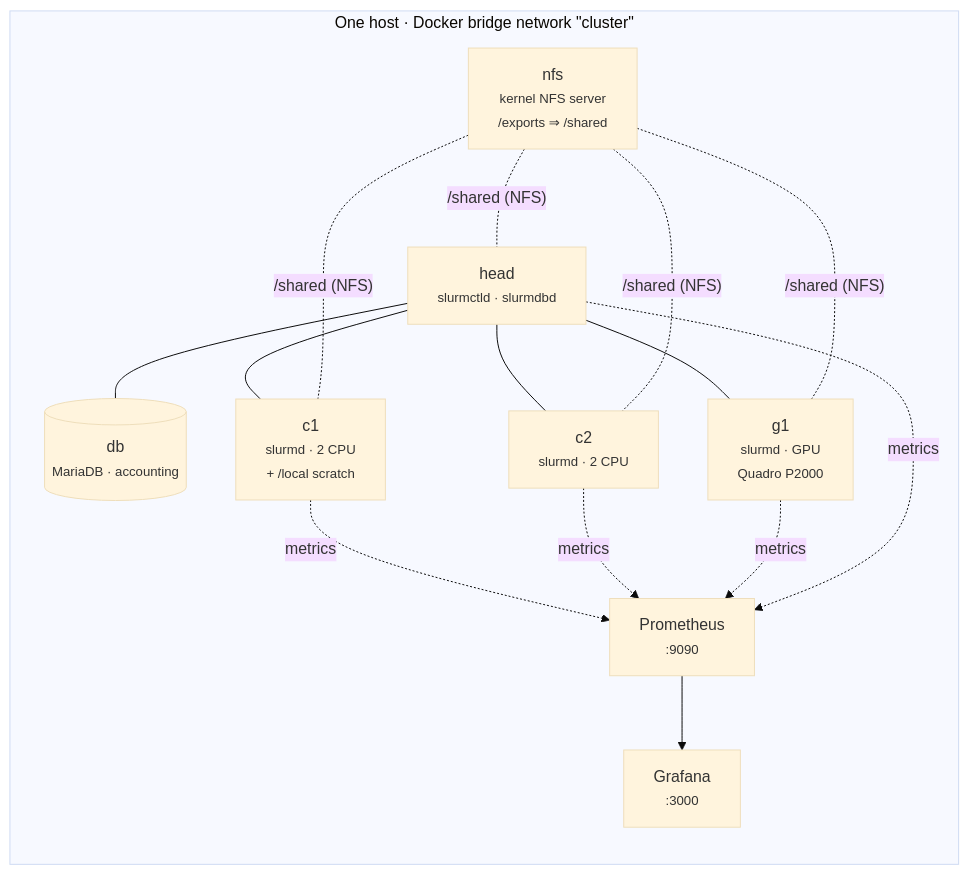
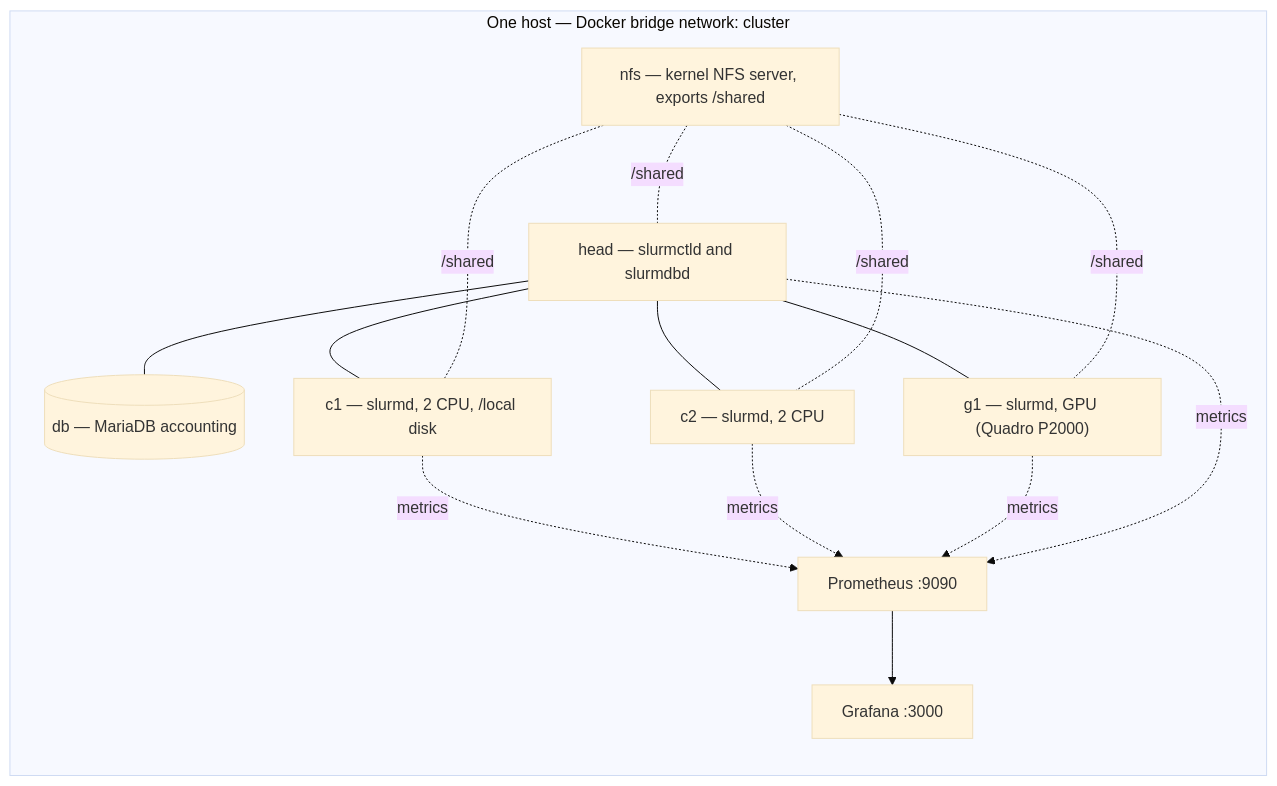
The diagram in README.md (Mojtaba-Alehosseini/mini-hpc-ai-cluster), drawn with Mermaid (base theme) before and after one commit.

Commit message:
README: simplify the architecture diagram so labels render without clipping

````diff
--- a/README.md
+++ b/README.md
@@ -54,20 +54,20 @@
 ```mermaid
 flowchart TB
-  subgraph host["One host · Docker bridge network &quot;cluster&quot;"]
+  subgraph host["One host — Docker bridge network: cluster"]
     direction TB
-    head["head<br/><small>slurmctld · slurmdbd</small>"]
-    db[("db<br/><small>MariaDB · accounting</small>")]
-    nfs["nfs<br/><small>kernel NFS server<br/>/exports ⇒ /shared</small>"]
-    c1["c1<br/><small>slurmd · 2 CPU<br/>+ /local scratch</small>"]
-    c2["c2<br/><small>slurmd · 2 CPU</small>"]
-    g1["g1<br/><small>slurmd · GPU<br/>Quadro P2000</small>"]
-    prom["Prometheus<br/><small>:9090</small>"]
-    graf["Grafana<br/><small>:3000</small>"]
+    nfs["nfs — kernel NFS server, exports /shared"]
+    head["head — slurmctld and slurmdbd"]
+    db[("db — MariaDB accounting")]
+    c1["c1 — slurmd, 2 CPU, /local disk"]
+    c2["c2 — slurmd, 2 CPU"]
+    g1["g1 — slurmd, GPU (Quadro P2000)"]
+    prom["Prometheus :9090"]
+    graf["Grafana :3000"]
 
     head --- db
     head --- c1 & c2 & g1
-    nfs -. "/shared (NFS)" .- head & c1 & c2 & g1
+    nfs -. "/shared" .- head & c1 & c2 & g1
     c1 & c2 & g1 & head -. metrics .-> prom
     prom --> graf
   end
 ```
````
